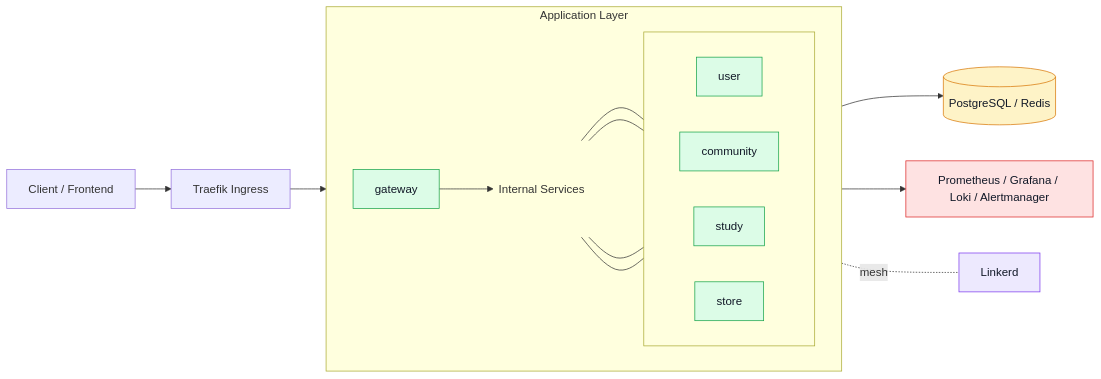
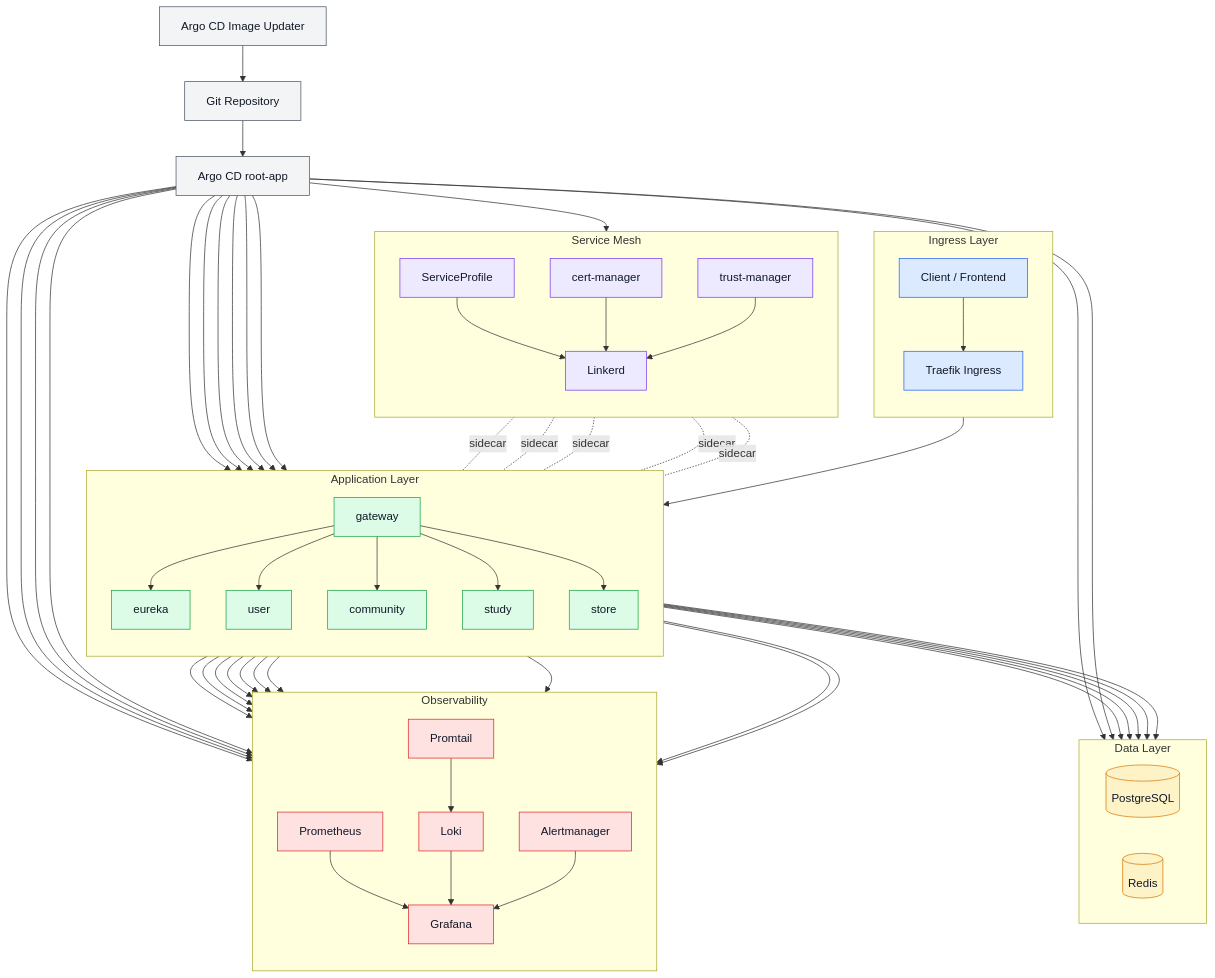
Before and after one commit to checkMateit/checkmate-kubernetes: the diagram in README.md, drawn with Mermaid.

````diff
--- a/README.md
+++ b/README.md
@@ -16,41 +16,116 @@
 ```mermaid
-flowchart LR
+flowchart TD
+  classDef gitops fill:#f3f4f6,stroke:#4b5563,color:#111827,stroke-width:1px;
+    classDef ingress fill:#dbeafe,stroke:#2563eb,color:#111827,stroke-width:1px;
     classDef app fill:#dcfce7,stroke:#16a34a,color:#111827,stroke-width:1px;
     classDef data fill:#fef3c7,stroke:#d97706,color:#111827,stroke-width:1px;
     classDef mesh fill:#ede9fe,stroke:#7c3aed,color:#111827,stroke-width:1px;
     classDef obs fill:#fee2e2,stroke:#dc2626,color:#111827,stroke-width:1px;
 
-    %% Ingress
-    Client[Client / Frontend] --> Traefik[Traefik Ingress]
-    Traefik --> Gateway[gateway]
+    Repo[Git Repository]
+    ImageUpdater[Argo CD Image Updater]
+    ArgoCD[Argo CD root-app]
 
-    %% Application Layer
-    subgraph App["Application Layer"]
-        direction LR
-        Gateway --> ServicesAnchor((Internal Services))
+    Repo --> ArgoCD
+    ImageUpdater --> Repo
 
-        subgraph Services[" "]
-            direction LR
-            User[user]
-            Community[community]
-            Study[study]
-            Store[store]
-        end
-
-        ServicesAnchor --- User
-        ServicesAnchor --- Community
-        ServicesAnchor --- Study
-        ServicesAnchor --- Store
+    subgraph Ingress["Ingress Layer"]
+        direction TB
+        Client[Client / Frontend]
+        Traefik[Traefik Ingress]
+        Client --> Traefik
     end
 
-    %% External Connections (단일 선)
-    ServicesAnchor --> DataStore[(PostgreSQL / Redis)]
-    ServicesAnchor --> Monitoring[Prometheus / Grafana / Loki / Alertmanager]
-    ServicesAnchor -. mesh .- Linkerd[Linkerd]
+    subgraph App["Application Layer"]
+        direction TB
+        Gateway[gateway]
+        Eureka[eureka]
+        User[user]
+        Community[community]
+        Study[study]
+        Store[store]
 
-    class Gateway,User,Community,Study,Store app;
-    class DataStore data;
-    class Linkerd mesh;
-    class Monitoring obs;
-    style ServicesAnchor fill:transparent,stroke:transparent;
+        Traefik --> Gateway
+        Gateway --> Eureka
+        Gateway --> User
+        Gateway --> Community
+        Gateway --> Study
+        Gateway --> Store
+    end
+
+    subgraph Data["Data Layer"]
+        direction LR
+        Postgres[(PostgreSQL)]
+        Redis[(Redis)]
+    end
+
+    User --> Postgres
+    User --> Redis
+    Community --> Postgres
+    Study --> Postgres
+    Store --> Postgres
+
+    subgraph Mesh["Service Mesh"]
+        direction TB
+        Linkerd[Linkerd]
+        ServiceProfile[ServiceProfile]
+        CertManager[cert-manager]
+        TrustManager[trust-manager]
+    end
+
+    Linkerd -. sidecar .- Gateway
+    Linkerd -. sidecar .- User
+    Linkerd -. sidecar .- Community
+    Linkerd -. sidecar .- Study
+    Linkerd -. sidecar .- Store
+    ServiceProfile --> Linkerd
+    CertManager --> Linkerd
+    TrustManager --> Linkerd
+
+    subgraph Obs["Observability"]
+        direction TB
+        Prometheus[Prometheus]
+        Grafana[Grafana]
+        Loki[Loki]
+        Promtail[Promtail]
+        Alertmanager[Alertmanager]
+    end
+
+    Gateway --> Prometheus
+    User --> Prometheus
+    Community --> Prometheus
+    Study --> Prometheus
+    Store --> Prometheus
+
+    Gateway --> Promtail
+    User --> Promtail
+    Community --> Promtail
+    Study --> Promtail
+    Store --> Promtail
+
+    Promtail --> Loki
+    Prometheus --> Grafana
+    Loki --> Grafana
+    Alertmanager --> Grafana
+
+    ArgoCD --> Gateway
+    ArgoCD --> Eureka
+    ArgoCD --> User
+    ArgoCD --> Community
+    ArgoCD --> Study
+    ArgoCD --> Store
+    ArgoCD --> Postgres
+    ArgoCD --> Redis
+    ArgoCD --> Linkerd
+    ArgoCD --> Prometheus
+    ArgoCD --> Grafana
+    ArgoCD --> Loki
+    ArgoCD --> Alertmanager
+
+    class Repo,ImageUpdater,ArgoCD gitops;
+    class Client,Traefik ingress;
+    class Gateway,Eureka,User,Community,Study,Store app;
+    class Postgres,Redis data;
+    class Linkerd,ServiceProfile,CertManager,TrustManager mesh;
+    class Prometheus,Grafana,Loki,Promtail,Alertmanager obs;
 ```
````
